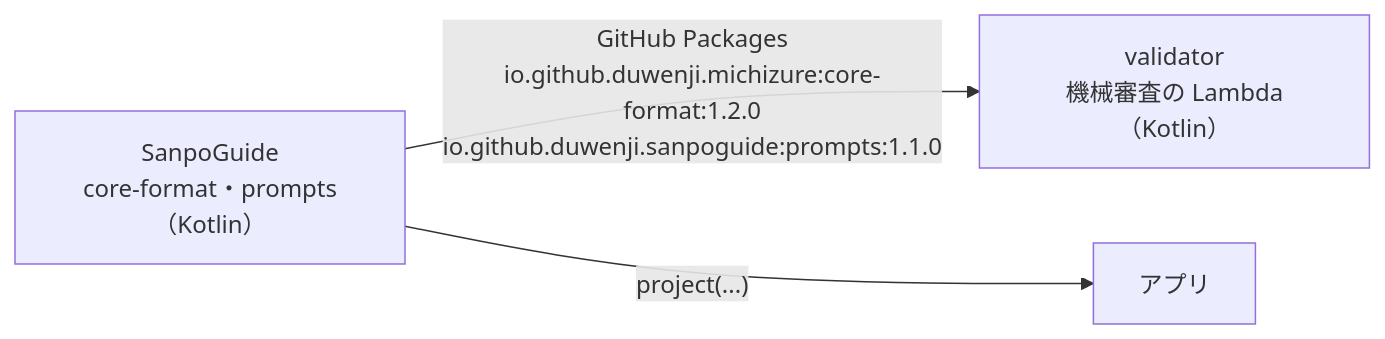
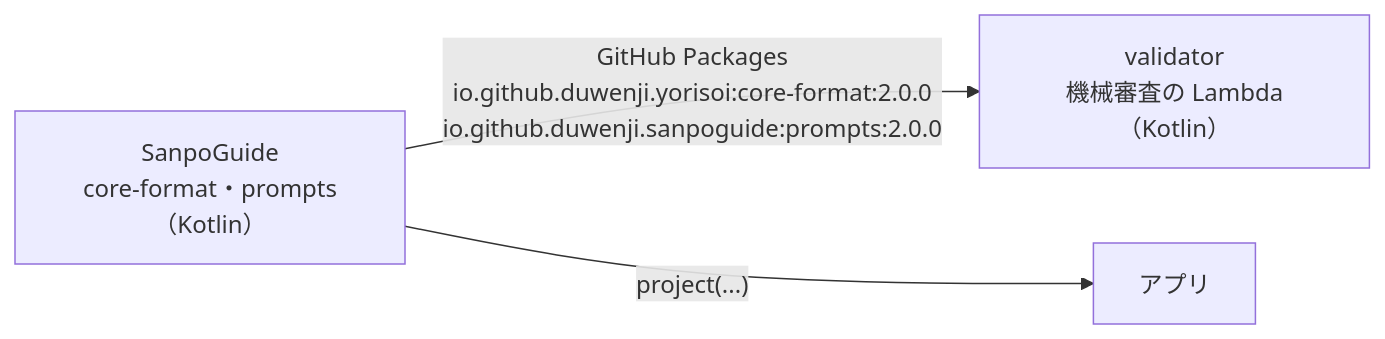
Before and after one commit to duwenji/yorisoi-tutorial: the first of 2 diagrams in 08-aws/08-kotlin-lambda.md, drawn with Mermaid. The commit also changed other lines of this file and 85 other files, not shown here.

````diff
--- a/08-aws/08-kotlin-lambda.md
+++ b/08-aws/08-kotlin-lambda.md
@@ -19,5 +19,5 @@
 ```mermaid
 flowchart LR
-    SG["SanpoGuide<br/>core-format・prompts（Kotlin）"] -->|"GitHub Packages<br/>io.github.duwenji.michizure:core-format:1.2.0<br/>io.github.duwenji.sanpoguide:prompts:1.1.0"| V["validator<br/>機械審査の Lambda（Kotlin）"]
+    SG["SanpoGuide<br/>core-format・prompts（Kotlin）"] -->|"GitHub Packages<br/>io.github.duwenji.yorisoi:core-format:2.0.0<br/>io.github.duwenji.sanpoguide:prompts:2.0.0"| V["validator<br/>機械審査の Lambda（Kotlin）"]
     SG -->|"project(...)"| APP["アプリ"]
 ```
````
